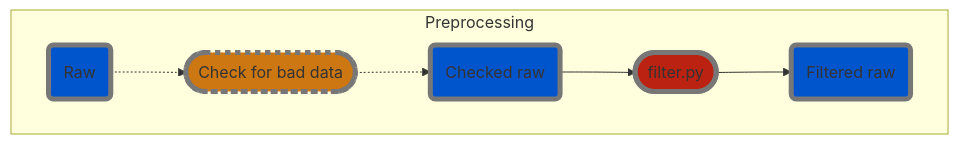
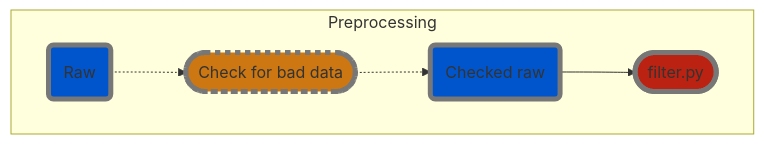
The diagram in README.md (hiroyoshi-yamasaki/MNE-MVPA), drawn with Mermaid before and after one commit.

Commit message:
mermaid not working on github

````diff
--- a/README.md
+++ b/README.md
@@ -4,25 +4,25 @@
 ```mermaid
 graph TD
     %% Processes
     classDef automatic_process fill: #b21, stroke-width: 5px, stroke: #777
     classDef manual_process fill: #c71, stroke-width: 5px, stroke: #777, stroke-dasharray: 5, 5;
     
     %% Data
     classDef mne_data fill: #05c, stroke-width: 5px, stroke: #777
     classDef event_data fill: #260, stroke-width: 5px, stroke: #777
     classDef other_data fill: #55c, stroke-width: 5px, stroke: #777
 
     %% Preprocessing MEG data
     subgraph "Preprocessing"
     
         %% Manual check for bad channels, artefacts etc.
         raw_data("Raw"):::mne_data -.-> check_raw(["Check for bad data"]):::manual_process;
         check_raw -.-> checked_raw("Checked raw"):::mne_data;
     
         %% Filter the data
         checked_raw --> filter(["filter.py"]):::automatic_process;
-        filter --> filtered_raw("Filtered raw"):::mne_data;
+        %%filter --> filtered_raw("Filtered raw"):::mne_data;
         
     end
     
 ```
````
